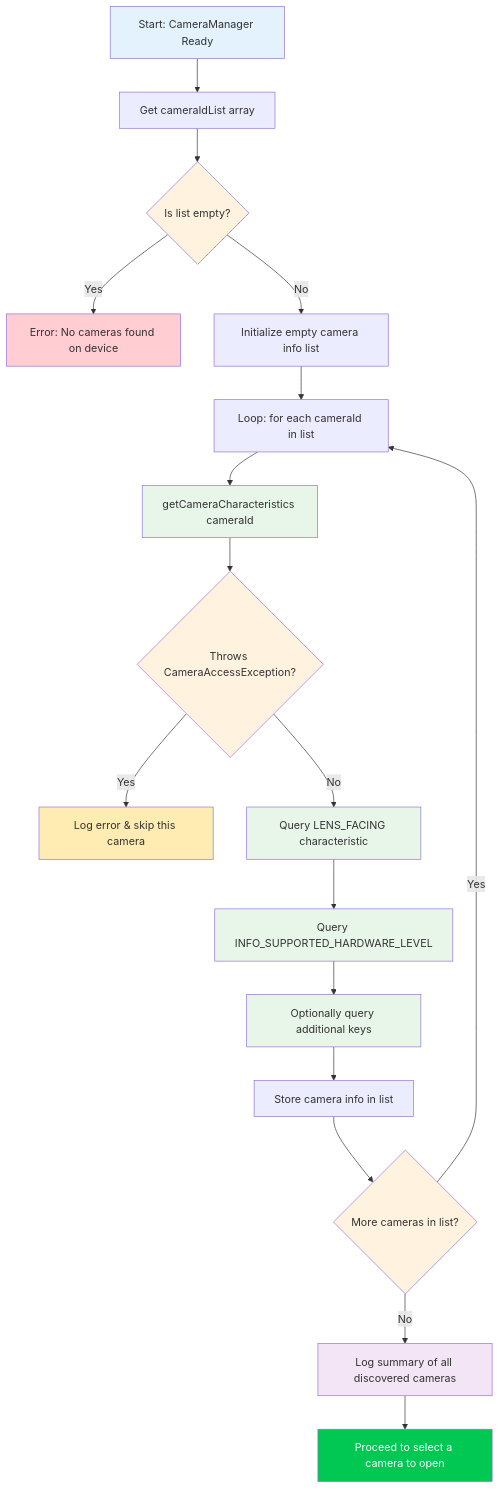
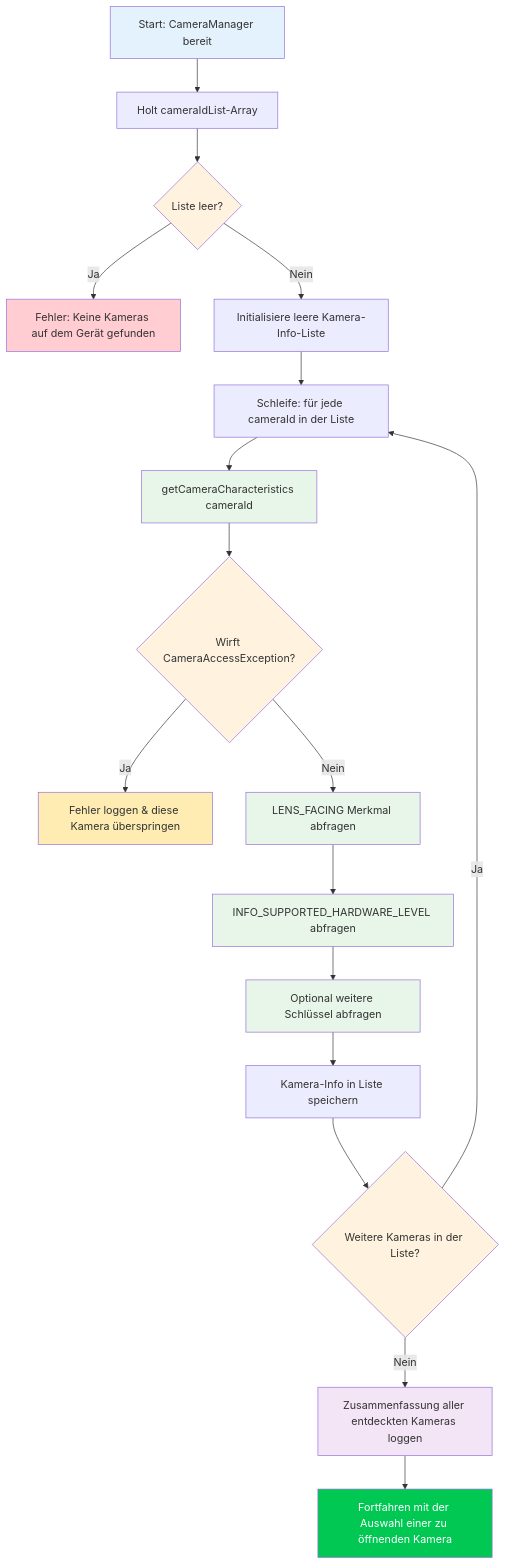
One commit to zoozooll/AndroidCameraParameters changed the diagram in website/i18n/de/docusaurus-plugin-content-docs/current/camera2/discovering-cameras.md. Above: the diagram before and after it, drawn with Mermaid. The commit also changed other lines of this file and 378 other files, not shown here.

````diff
--- a/website/i18n/de/docusaurus-plugin-content-docs/current/camera2/discovering-cameras.md
+++ b/website/i18n/de/docusaurus-plugin-content-docs/current/camera2/discovering-cameras.md
@@ -32,32 +32,32 @@
 ```mermaid
 flowchart TD
-    A[Start: CameraManager Ready] --> B[Get cameraIdList array]
-    B --> C{Is list empty?}
-    C -->|Yes| D[Error: No cameras found on device]
-    C -->|No| E[Initialize empty camera info list]
-    E --> F[Loop: for each cameraId in list]
+    A["Start: CameraManager bereit"] --> B["Holt cameraIdList-Array"]
+    B --> C{Liste leer?}
+    C -->|Ja| D[Fehler: Keine Kameras auf dem Gerät gefunden]
+    C -->|Nein| E[Initialisiere leere Kamera-Info-Liste]
+    E --> F[Schleife: für jede cameraId in der Liste]
     F --> G[getCameraCharacteristics cameraId]
-    G --> H{Throws CameraAccessException?}
-    H -->|Yes| I[Log error & skip this camera]
-    H -->|No| J[Query LENS_FACING characteristic]
-    J --> K[Query INFO_SUPPORTED_HARDWARE_LEVEL]
-    K --> L[Optionally query additional keys]
-    L --> M[Store camera info in list]
-    M --> N{More cameras in list?}
-    N -->|Yes| F
-    N -->|No| O[Log summary of all discovered cameras]
-    O --> P[Proceed to select a camera to open]
+    G --> H{Wirft CameraAccessException?}
+    H -->|Ja| I[Fehler loggen & diese Kamera überspringen]
+    H -->|Nein| J[LENS_FACING Merkmal abfragen]
+    J --> K[INFO_SUPPORTED_HARDWARE_LEVEL abfragen]
+    K --> L[Optional weitere Schlüssel abfragen]
+    L --> M[Kamera-Info in Liste speichern]
+    M --> N{Weitere Kameras in der Liste?}
+    N -->|Ja| F
+    N -->|Nein| O[Zusammenfassung aller entdeckten Kameras loggen]
+    O --> P[Fortfahren mit der Auswahl einer zu öffnenden Kamera]
 
     style A fill:#e3f2fd
     style C fill:#fff3e0
     style H fill:#fff3e0
     style N fill:#fff3e0
     style D fill:#ffcdd2
     style I fill:#ffecb3
     style G fill:#e8f5e9
     style J fill:#e8f5e9
     style K fill:#e8f5e9
     style L fill:#e8f5e9
     style O fill:#f3e5f5
     style P fill:#00c853,color:#fff
 ```
````
